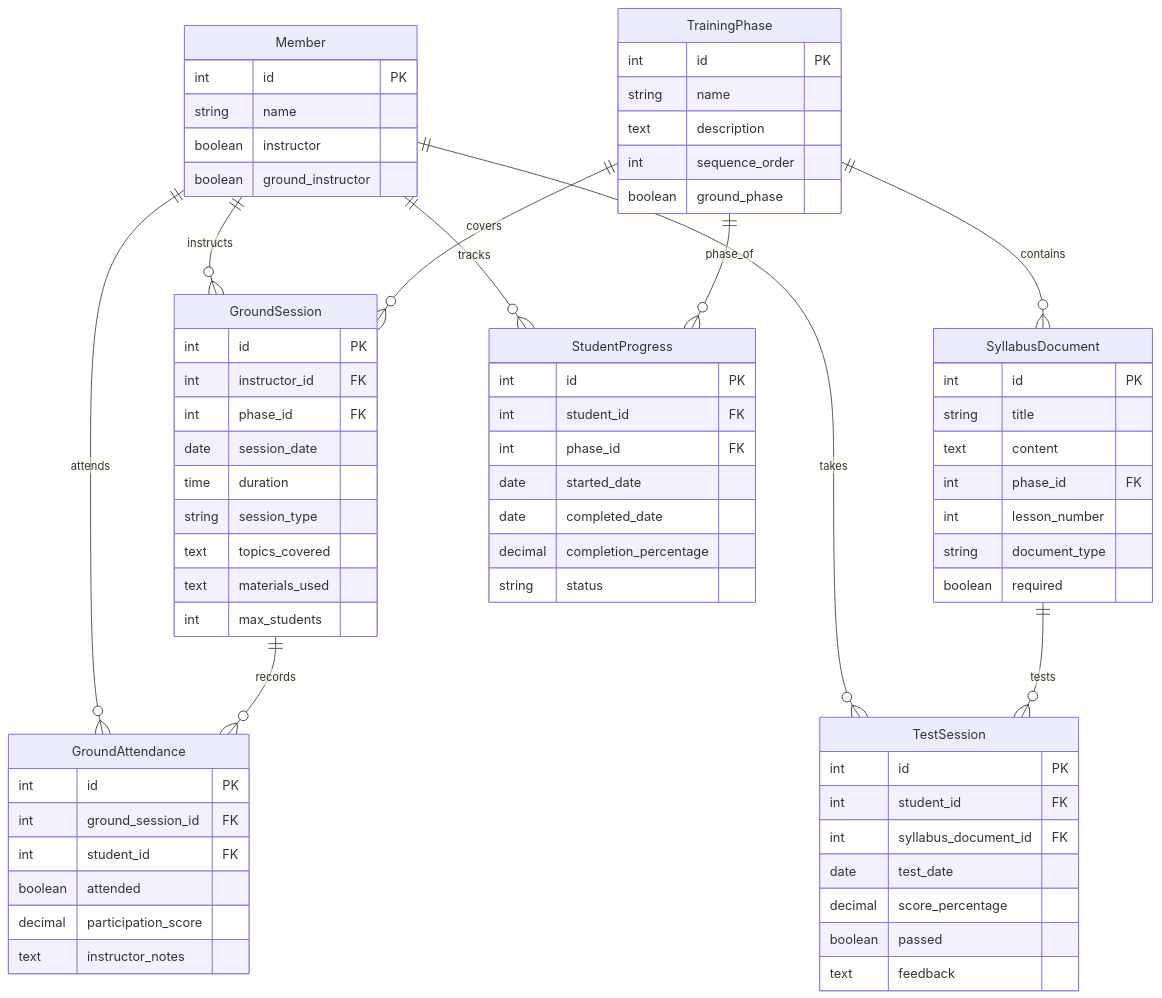
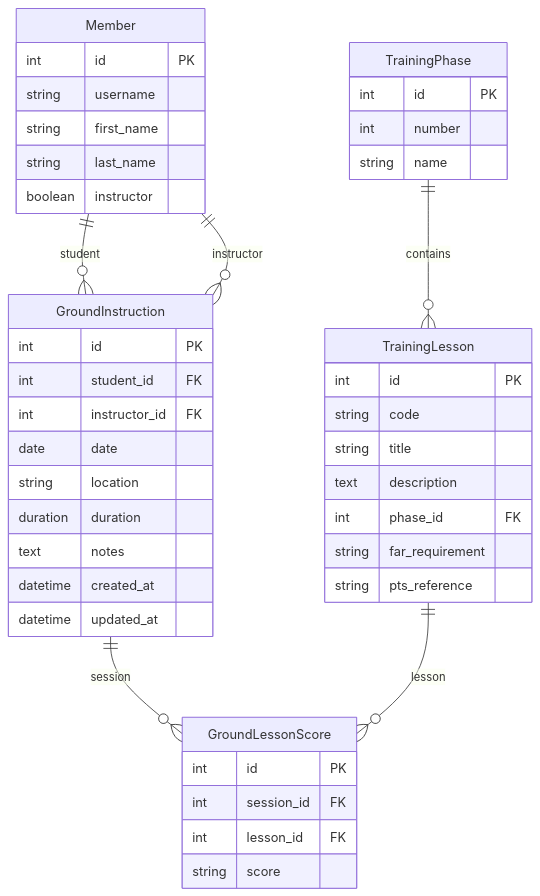
The fifth of 11 diagrams in docs/workflows/08-ground-instruction.md (pietbarber/Manage2Soar), drawn with Mermaid before and after one commit. The commit also changed other lines of this file and 2 other files, not shown here.

Commit message:
removed fibs about charging for instructon (ground and flight). Removed one ERD entry.

````diff
--- a/docs/workflows/08-ground-instruction.md
+++ b/docs/workflows/08-ground-instruction.md
@@ -175,78 +146,51 @@
 ```mermaid
 erDiagram
     Member {
         int id PK
-        string name
+        string username
+        string first_name
+        string last_name
         boolean instructor
-        boolean ground_instructor
     }
     
     TrainingPhase {
         int id PK
+        int number
         string name
-        text description
-        int sequence_order
-        boolean ground_phase
     }
     
-    SyllabusDocument {
+    TrainingLesson {
         int id PK
+        string code
         string title
-        text content
+        text description
         int phase_id FK
-        int lesson_number
-        string document_type
-        boolean required
+        string far_requirement
+        string pts_reference
     }
     
-    GroundSession {
+    GroundInstruction {
         int id PK
+        int student_id FK
         int instructor_id FK
-        int phase_id FK
-        date session_date
-        time duration
-        string session_type
-        text topics_covered
-        text materials_used
-        int max_students
+        date date
+        string location
+        duration duration
+        text notes
+        datetime created_at
+        datetime updated_at
     }
     
-    GroundAttendance {
+    GroundLessonScore {
         int id PK
-        int ground_session_id FK
-        int student_id FK
-        boolean attended
-        decimal participation_score
-        text instructor_notes
+        int session_id FK
+        int lesson_id FK
+        string score
     }
     
-    TestSession {
-        int id PK
-        int student_id FK
-        int syllabus_document_id FK
-        date test_date
-        decimal score_percentage
-        boolean passed
-        text feedback
-    }
-    
-    StudentProgress {
-        int id PK
-        int student_id FK
-        int phase_id FK
-        date started_date
-        date completed_date
-        decimal completion_percentage
-        string status
-    }
-    
-    Member ||--o{ GroundSession : instructs
-    Member ||--o{ GroundAttendance : attends
-    Member ||--o{ TestSession : takes
-    Member ||--o{ StudentProgress : tracks
-    TrainingPhase ||--o{ SyllabusDocument : contains
-    TrainingPhase ||--o{ GroundSession : covers
-    TrainingPhase ||--o{ StudentProgress : phase_of
-    GroundSession ||--o{ GroundAttendance : records
-    SyllabusDocument ||--o{ TestSession : tests
+    Member ||--o{ GroundInstruction : student
+    Member ||--o{ GroundInstruction : instructor  
+    TrainingPhase ||--o{ TrainingLesson : contains
+    GroundInstruction ||--o{ GroundLessonScore : session
+    TrainingLesson ||--o{ GroundLessonScore : lesson
 ```
````
